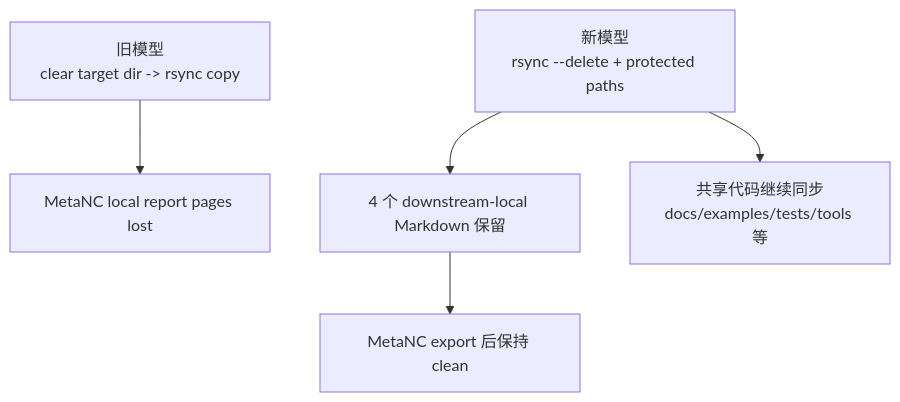
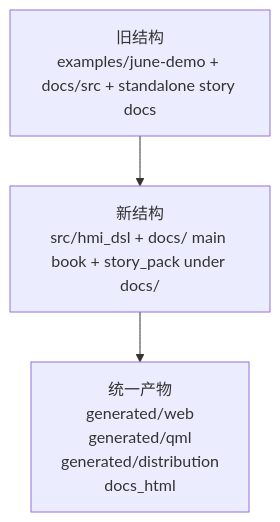
One commit to luppiterw/metanc_hmi_dsl_reports changed the second of 3 diagrams in 2026-04-20-codex-session/architecture-diagram.md. Above: the diagram before and after it, drawn with Mermaid. The commit also changed other lines of this file and 6 other files, not shown here.

````diff
--- a/2026-04-20-codex-session/architecture-diagram.md
+++ b/2026-04-20-codex-session/architecture-diagram.md
@@ -22,8 +22,5 @@
 ```mermaid
 flowchart TD
-    OLD["旧模型<br/>clear target dir -> rsync copy"] --> BAD["MetaNC local report pages lost"]
-    NEW["新模型<br/>rsync --delete + protected paths"] --> KEEP["4 个 downstream-local Markdown 保留"]
-
-    NEW --> SHARED["共享代码继续同步<br/>docs/examples/tests/tools 等"]
-    KEEP --> CLEAN["MetaNC export 后保持 clean"]
+    OLD["旧结构<br/>examples/june-demo + docs/src + standalone story docs"] --> NEW["新结构<br/>src/hmi_dsl + docs/ main book + story_pack under docs/"]
+    NEW --> OUTPUTS["统一产物<br/>generated/web<br/>generated/qml<br/>generated/distribution<br/>docs_html"]
 ```
````
